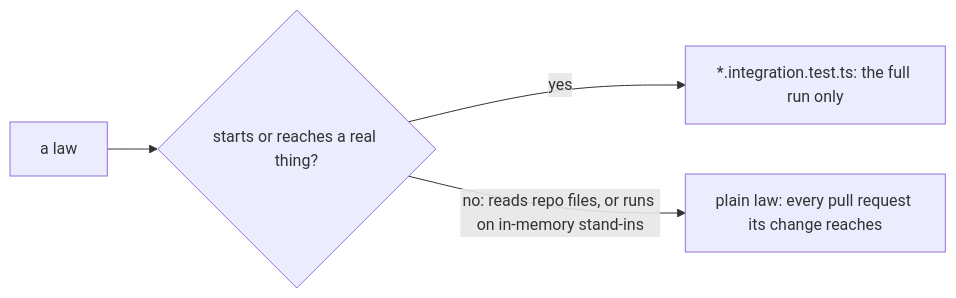
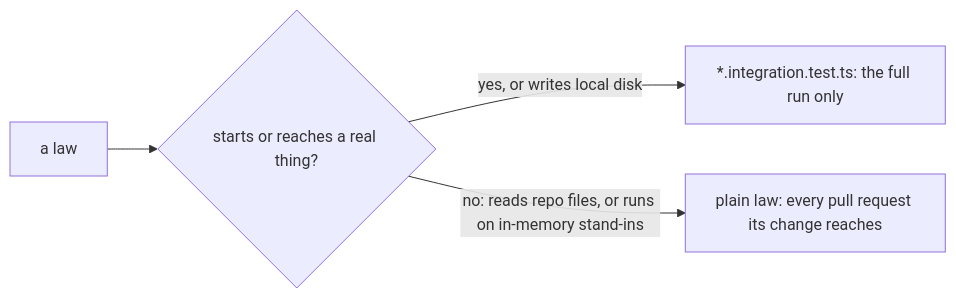
The diagram in .decisions/0584-a-tests-kind-follows-what-it-uses.md (kamp-us/tea-fabrika), drawn with Mermaid before and after one commit. The commit also changed other lines of this file and 2 other files, not shown here.

First line of the commit message:
Plan 1073 and decision 0584: a law that writes to local disk is .integration., from Google's test sizes, and the tests skill says so

````diff
--- a/.decisions/0584-a-tests-kind-follows-what-it-uses.md
+++ b/.decisions/0584-a-tests-kind-follows-what-it-uses.md
@@ -13,6 +13,6 @@
 ```mermaid
 flowchart LR
   law["a law"] --> uses{"starts or reaches a real thing?"}
-  uses -->|"yes"| integration["*.integration.test.ts: the full run only"]
+  uses -->|"yes, or writes local disk"| integration["*.integration.test.ts: the full run only"]
   uses -->|"no: reads repo files, or runs on in-memory stand-ins"| plain["plain law: every pull request its change reaches"]
 ```
````
